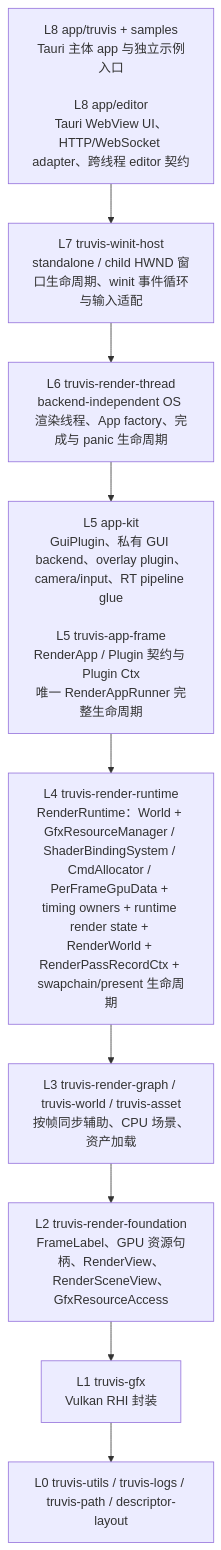
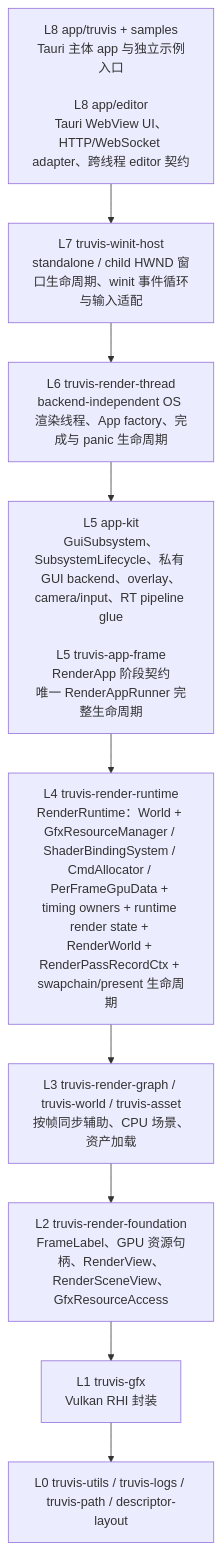
One commit to acccoco/TruvisRenderer changed the first of 3 diagrams in docs/summaries/layering-and-dependency-boundaries.md. Above: the diagram before and after it, drawn with Mermaid. The commit also changed other lines of this file and 50 other files, not shown here.

Commit message:
[refactor/app] 使用 SubsystemLifecycle 重构 App 子系统架构

````diff
--- a/docs/summaries/layering-and-dependency-boundaries.md
+++ b/docs/summaries/layering-and-dependency-boundaries.md
@@ -9,13 +9,13 @@
 ```mermaid
 flowchart TB
     L8["L8 app/truvis + samples<br/>Tauri 主体 app 与独立示例入口<br/><br/>L8 app/editor<br/>Tauri WebView UI、HTTP/WebSocket adapter、跨线程 editor 契约"]
     L7["L7 truvis-winit-host<br/>standalone / child HWND 窗口生命周期、winit 事件循环与输入适配"]
     L6["L6 truvis-render-thread<br/>backend-independent OS 渲染线程、App factory、完成与 panic 生命周期"]
-    L5["L5 app-kit<br/>GuiPlugin、私有 GUI backend、overlay plugin、camera/input、RT pipeline glue<br/><br/>L5 truvis-app-frame<br/>RenderApp / Plugin 契约与 Plugin Ctx<br/>唯一 RenderAppRunner 完整生命周期"]
+    L5["L5 app-kit<br/>GuiSubsystem、SubsystemLifecycle、私有 GUI backend、overlay、camera/input、RT pipeline glue<br/><br/>L5 truvis-app-frame<br/>RenderApp 阶段契约<br/>唯一 RenderAppRunner 完整生命周期"]
     L4["L4 truvis-render-runtime<br/>RenderRuntime：World + GfxResourceManager / ShaderBindingSystem / CmdAllocator / PerFrameGpuData + timing owners + runtime render state + RenderWorld + RenderPassRecordCtx + swapchain/present 生命周期"]
     L3["L3 truvis-render-graph / truvis-world / truvis-asset<br/>按帧同步辅助、CPU 场景、资产加载"]
     L2["L2 truvis-render-foundation<br/>FrameLabel、GPU 资源句柄、RenderView、RenderSceneView、GfxResourceAccess"]
     L1["L1 truvis-gfx<br/>Vulkan RHI 封装"]
     L0["L0 truvis-utils / truvis-logs / truvis-path / descriptor-layout"]
     L8 --> L7 --> L6 --> L5 --> L4 --> L3 --> L2 --> L1 --> L0
 ```
````
